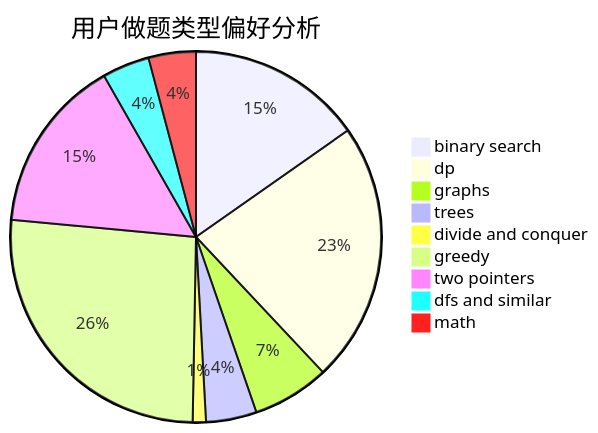
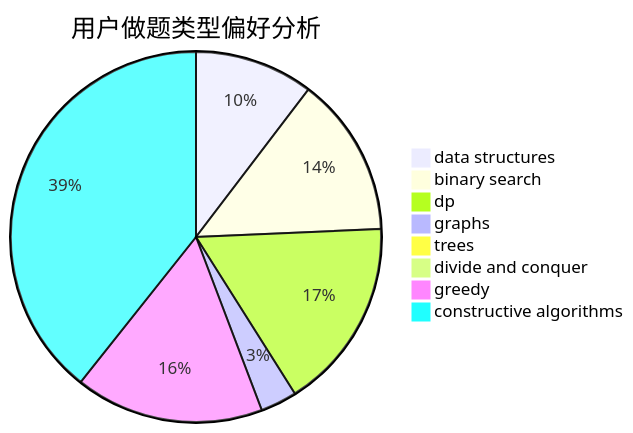
The second of 3 diagrams in docs/user/u2368.md (sherpahu/cfrs.github.io), drawn with Mermaid before and after one commit. The commit also changed other lines of this file and 2775 other files, not shown here.

````diff
--- a/docs/user/u2368.md
+++ b/docs/user/u2368.md
@@ -23,12 +23,11 @@
 ```mermaid
 pie title 用户做题类型偏好分析
-    "binary search" :  159
-    "dp" :  237
-    "graphs" :  70
-    "trees" :  46
-    "divide and conquer" :  12
-    "greedy" :  273
-    "two pointers" :  159
-    "dfs and similar" :  43
-    "math" :  43
+    "data structures" :  78
+    "binary search" :  105
+    "dp" :  126
+    "graphs" :  24
+    "trees" :  5
+    "divide and conquer" :  4
+    "greedy" :  124
+    "constructive algorithms" :  296
 ```
````
